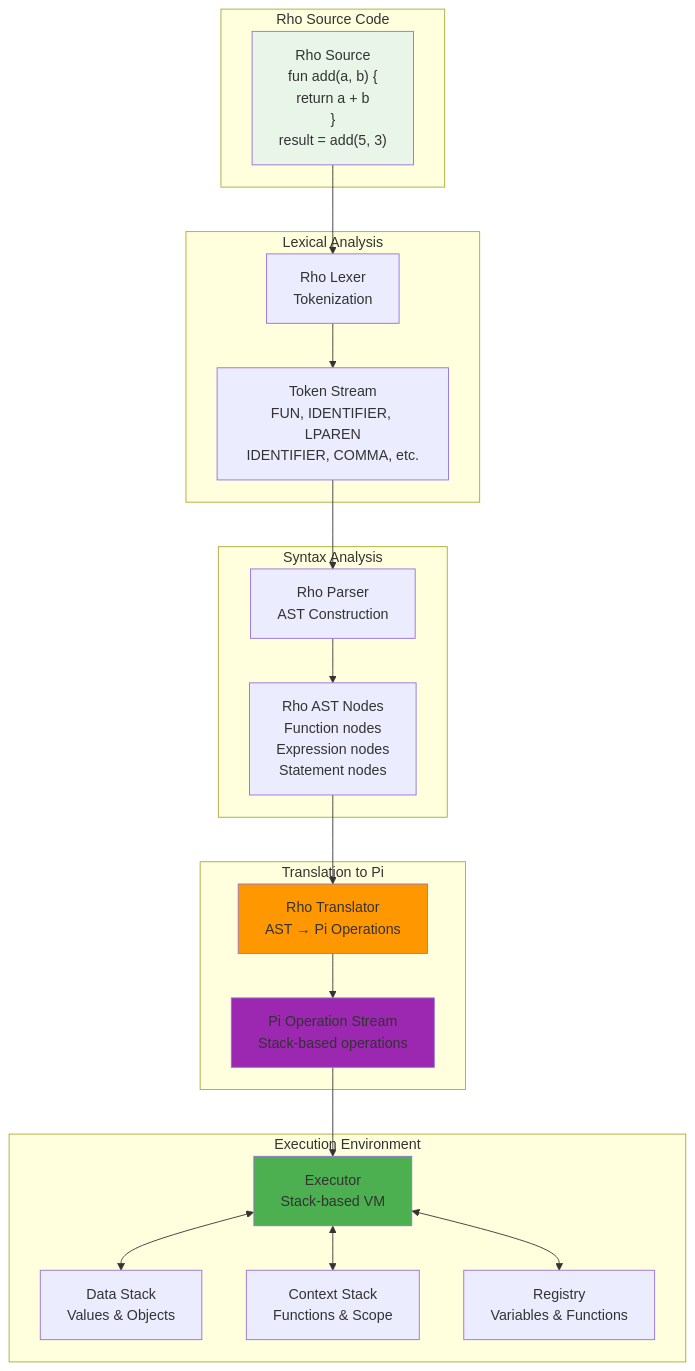
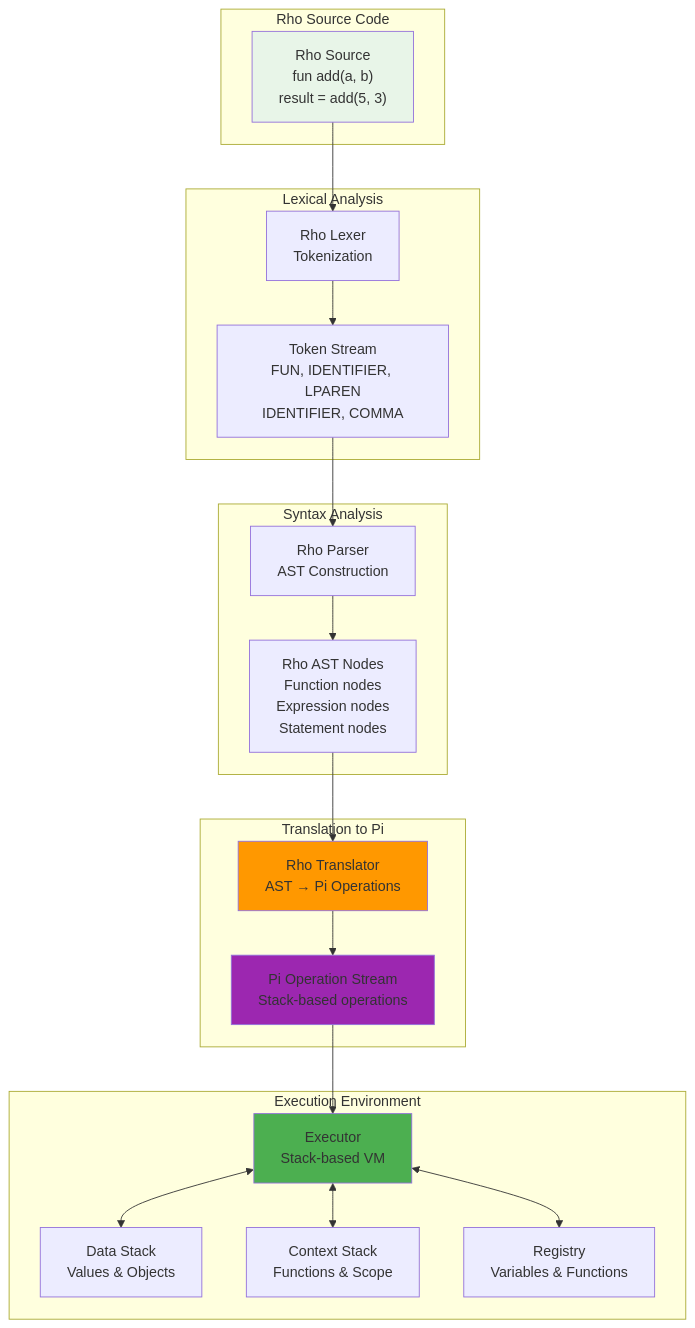
The first of 2 diagrams in Include/KAI/Language/Rho/README.md (cschladetsch/CppKaiLanguage), drawn with Mermaid before and after one commit. The commit also changed other lines of this file and 1 other file, not shown here.

Commit message:
Simplify Mermaid diagram content to fix parsing errors
Resolved Mermaid parsing issues by simplifying complex multi-line content:
- Reduced verbose node labels to essential information
- Removed problematic special characters and complex formatting
- Maintained diagram clarity while ensuring GitHub compatibility
- Fixed parsing errors in Pi, Rho, and Tau language architecture diagrams

🤖 Generated with [Claude Code](https://claude.ai/code)

````diff
--- a/Include/KAI/Language/Rho/README.md
+++ b/Include/KAI/Language/Rho/README.md
@@ -24,44 +24,44 @@
 ```mermaid
 graph TB
     subgraph "Rho Source Code"
-        SRC["Rho Source<br/>fun add(a, b) {<br/>  return a + b<br/>}<br/>result = add(5, 3)"]
+        SRC["Rho Source<br/>fun add(a, b)<br/>result = add(5, 3)"]
     end
     
     subgraph "Lexical Analysis"
         LEX["Rho Lexer<br/>Tokenization"]
-        TOKENS["Token Stream<br/>FUN, IDENTIFIER, LPAREN<br/>IDENTIFIER, COMMA, etc."]
+        TOKENS["Token Stream<br/>FUN, IDENTIFIER, LPAREN<br/>IDENTIFIER, COMMA"]
     end
     
     subgraph "Syntax Analysis"  
         PAR["Rho Parser<br/>AST Construction"]
         AST["Rho AST Nodes<br/>Function nodes<br/>Expression nodes<br/>Statement nodes"]
     end
     
     subgraph "Translation to Pi"
         TRANS["Rho Translator<br/>AST → Pi Operations"]
         PI_OPS["Pi Operation Stream<br/>Stack-based operations"]
     end
     
     subgraph "Execution Environment"
         EXE["Executor<br/>Stack-based VM"]
         DS["Data Stack<br/>Values & Objects"]
         CS["Context Stack<br/>Functions & Scope"]
         REG["Registry<br/>Variables & Functions"]
     end
     
     SRC --> LEX
     LEX --> TOKENS
     TOKENS --> PAR
     PAR --> AST
     AST --> TRANS
     TRANS --> PI_OPS
     PI_OPS --> EXE
     EXE <--> DS
     EXE <--> CS
     EXE <--> REG
     
     style SRC fill:#e8f5e8
     style TRANS fill:#ff9800
     style PI_OPS fill:#9c27b0
     style EXE fill:#4caf50
 ```
````
